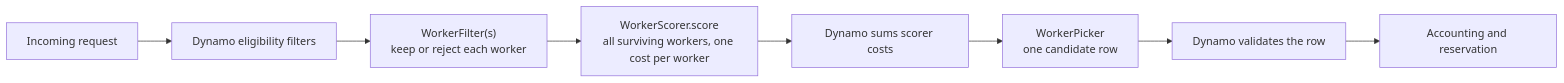
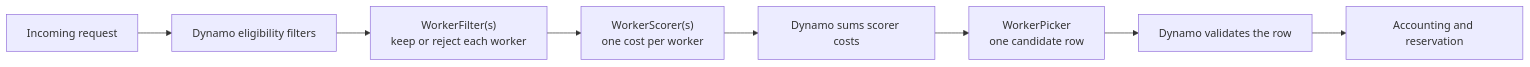
Before and after one commit to ai-dynamo/dynamo: the first of 3 diagrams in docs/fern/pages/developer-guide/knowledge-base/modular-components/router/custom-worker-selection.mdx, drawn with Mermaid. The commit also changed other lines of this file and 1 other file, not shown here.

````diff
--- a/docs/fern/pages/developer-guide/knowledge-base/modular-components/router/custom-worker-selection.mdx
+++ b/docs/fern/pages/developer-guide/knowledge-base/modular-components/router/custom-worker-selection.mdx
@@ -16,10 +16,10 @@
 ```mermaid
 flowchart LR
     Request["Incoming request"] --> Eligibility["Dynamo eligibility filters"]
     Eligibility --> Filters["WorkerFilter(s)<br/>keep or reject each worker"]
-    Filters --> Scorers["WorkerScorer.score<br/>all surviving workers, one cost per worker"]
+    Filters --> Scorers["WorkerScorer(s)<br/>one cost per worker"]
     Scorers --> Sum["Dynamo sums scorer costs"]
     Sum --> Picker["WorkerPicker<br/>one candidate row"]
     Picker --> Validate["Dynamo validates the row"]
     Validate --> Reserve["Accounting and reservation"]
 ```
````
